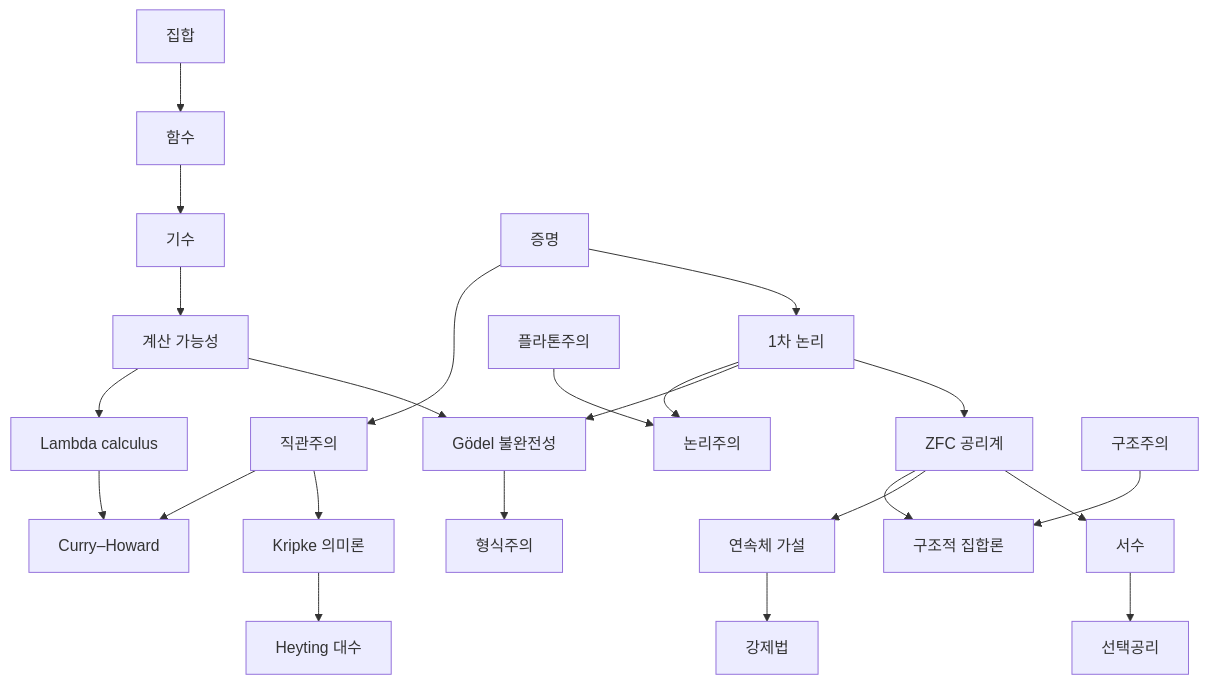
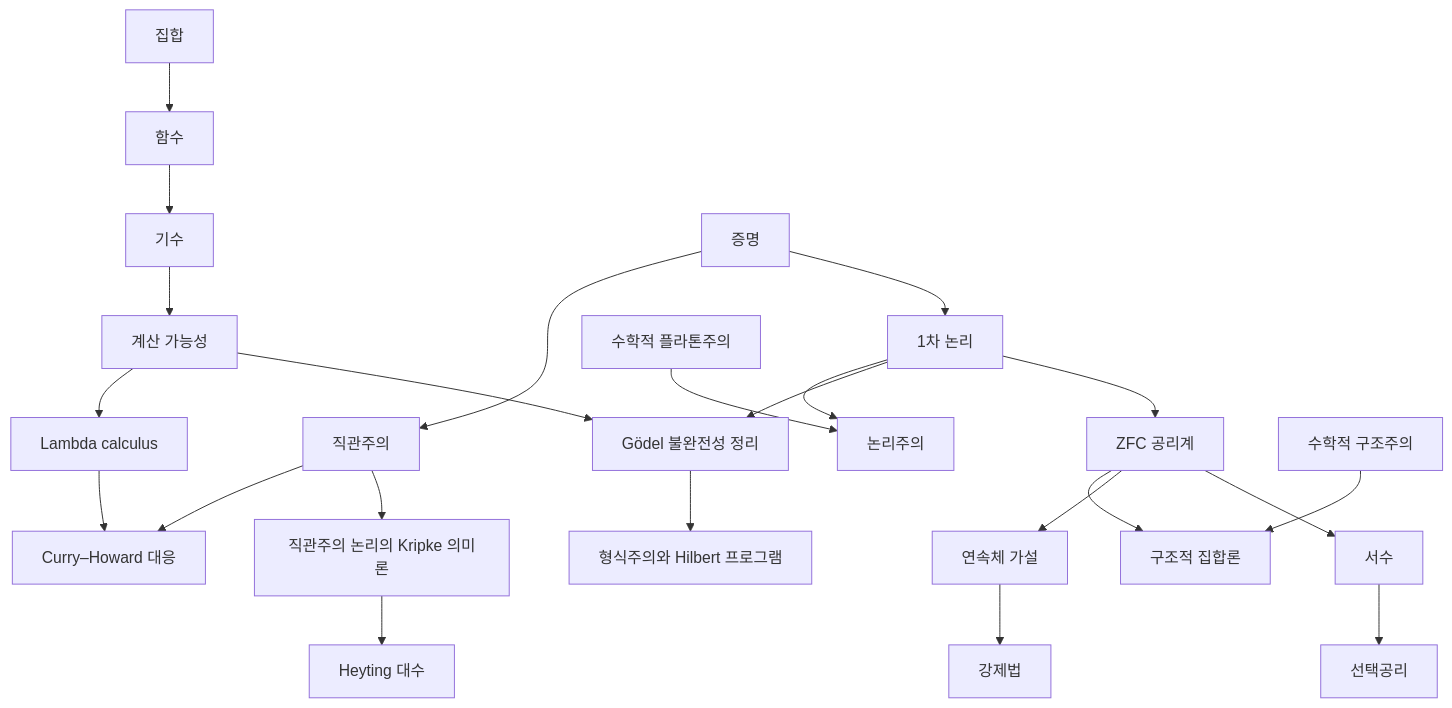
The diagram in docs/foundations-overview.md (Phryxia/math-map), drawn with Mermaid before and after one commit. The commit also changed 8 other files, not shown here.

````diff
--- a/docs/foundations-overview.md
+++ b/docs/foundations-overview.md
@@ -11,14 +11,14 @@
 ```mermaid
 graph TD
-  S["집합"] --> F["함수"] --> CD["기수"] --> CM["계산 가능성"] --> GD["Gödel 불완전성"]
+  S["집합"] --> F["함수"] --> CD["기수"] --> CM["계산 가능성"] --> GD["Gödel 불완전성 정리"]
   P["증명"] --> FOL["1차 논리"] --> ZFC["ZFC 공리계"] --> OR["서수"] --> AC["선택공리"]
   ZFC --> CH["연속체 가설"] --> FC["강제법"]
-  FOL --> GD --> FM["형식주의"]
+  FOL --> GD --> FM["형식주의와 Hilbert 프로그램"]
   FOL --> LG["논리주의"]
-  PL["플라톤주의"] --> LG
-  P --> IN["직관주의"] --> KR["Kripke 의미론"] --> HA["Heyting 대수"]
-  IN --> CH2["Curry–Howard"]
+  PL["수학적 플라톤주의"] --> LG
+  P --> IN["직관주의"] --> KR["직관주의 논리의 Kripke 의미론"] --> HA["Heyting 대수"]
+  IN --> CH2["Curry–Howard 대응"]
   CM --> LC["Lambda calculus"] --> CH2
-  ST["구조주의"] --> SST["구조적 집합론"]
+  ST["수학적 구조주의"] --> SST["구조적 집합론"]
   ZFC --> SST
 ```
````
